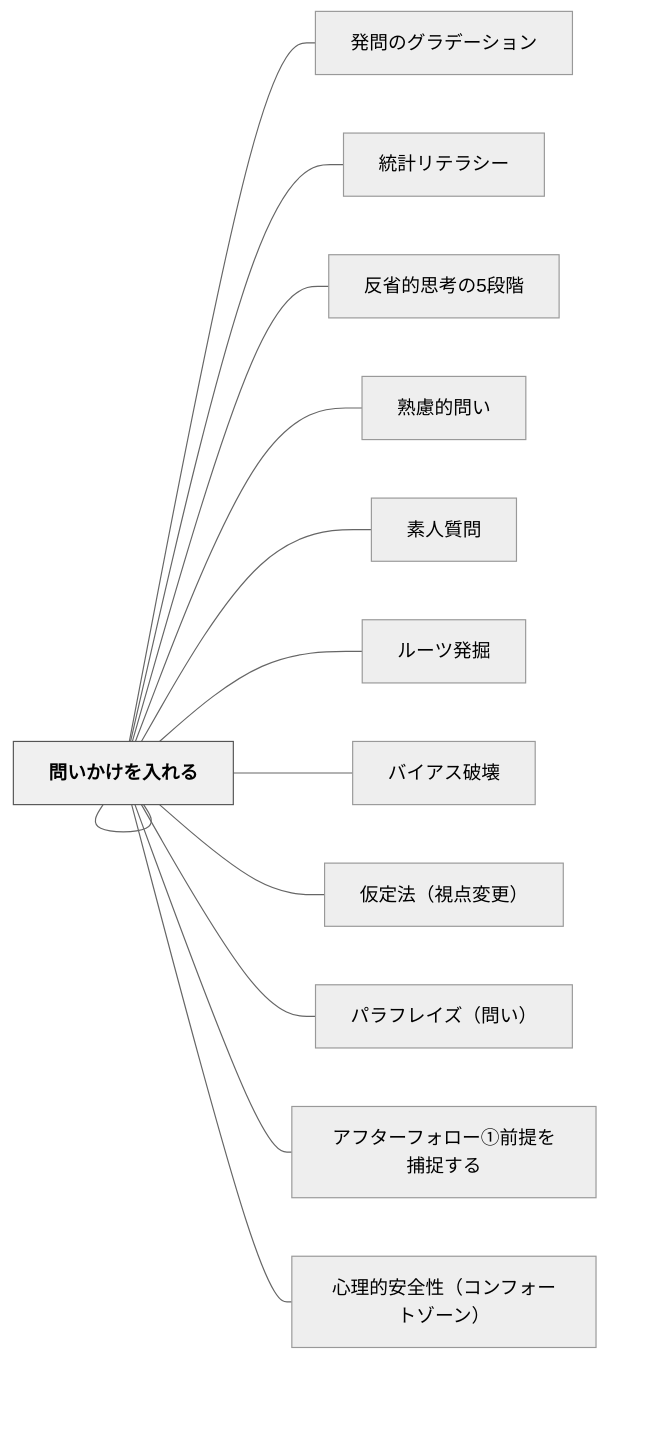
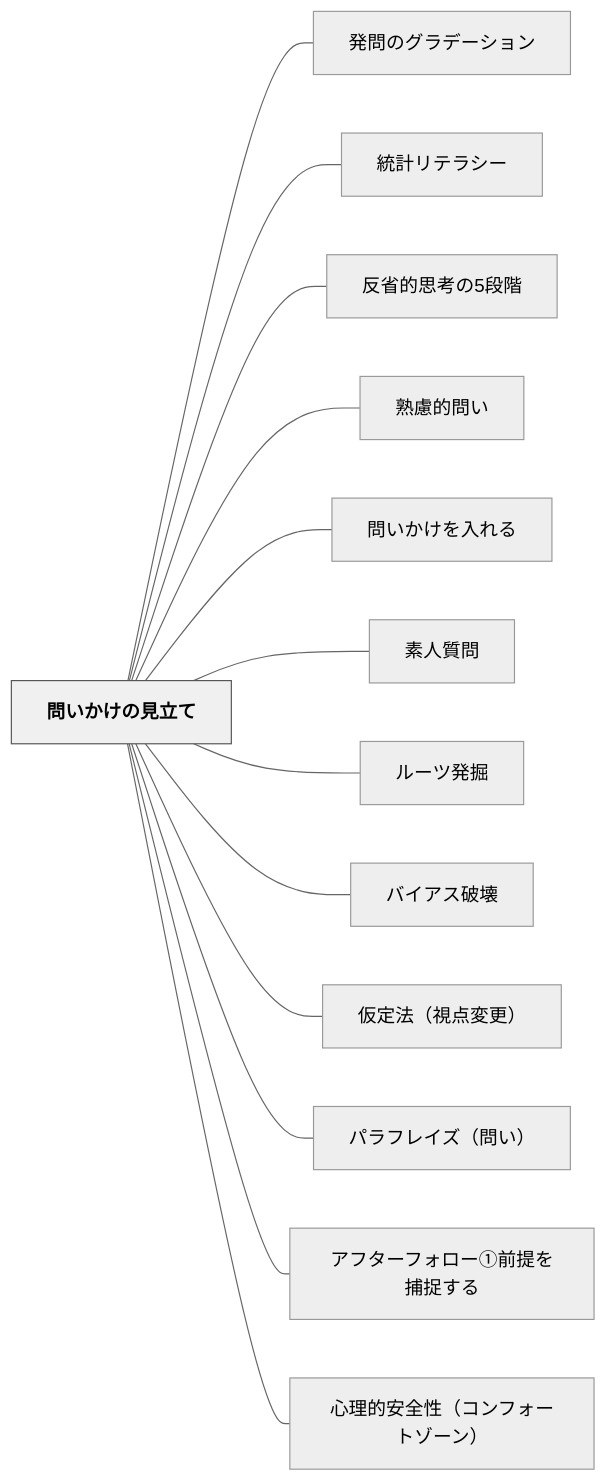
Before and after one commit to unknownthings-ed-patterns/unknownthings-ed-patterns: the diagram in content/パタン/問いかけの見立て.md, drawn with Mermaid (neutral theme). The commit also changed 527 other files, not shown here.

````diff
--- a/content/パタン/問いかけの見立て.md
+++ b/content/パタン/問いかけの見立て.md
@@ -114,32 +114,32 @@
 ```mermaid
 flowchart LR
-    ne5958fe38184["問いかけの見立て"]
-    ne799bae5958f["発問のグラデーション"]
-    ne7b5b1e8a888["統計リテラシー"]
-    ne58f8de79c81["反省的思考の5段階"]
-    ne7869fe685ae["熟慮的問い"]
-    ne5958fe38184["問いかけを入れる"]
-    ne7b4a0e4baba["素人質問"]
-    ne383abe383bc["ルーツ発掘"]
-    ne38390e382a4["バイアス破壊"]
-    ne4bbaee5ae9a["仮定法（視点変更）"]
-    ne38391e383a9["パラフレイズ（問い）"]
-    ne382a2e38395["アフターフォロー①前提を捕捉する"]
-    ne5bf83e79086["心理的安全性（コンフォートゾーン）"]
+    ne5958fe38184e3818be38191e381aee8a68be7ab8be381a6["問いかけの見立て"]
+    ne799bae5958fe381aee382b0e383a9e38387e383bce382b7e383a7e383b3["発問のグラデーション"]
+    ne7b5b1e8a888e383aae38386e383a9e382b7e383bc["統計リテラシー"]
+    ne58f8de79c81e79a84e6809de88083e381ae35e6aeb5e99a8e["反省的思考の5段階"]
+    ne7869fe685aee79a84e5958fe38184["熟慮的問い"]
+    ne5958fe38184e3818be38191e38292e585a5e3828ce3828b["問いかけを入れる"]
+    ne7b4a0e4babae8b3aae5958f["素人質問"]
+    ne383abe383bce38384e799bae68e98["ルーツ発掘"]
+    ne38390e382a4e382a2e382b9e7a0b4e5a38a["バイアス破壊"]
+    ne4bbaee5ae9ae6b395efbc88e8a696e782b9e5a489e69bb4efbc89["仮定法（視点変更）"]
+    ne38391e383a9e38395e383ace382a4e382baefbc88e5958fe38184efbc89["パラフレイズ（問い）"]
+    ne382a2e38395e382bfe383bce38395e382a9e383ade383bce291a0e5898de68f90e38292e68d95e68d89e38199e3828b["アフターフォロー①前提を捕捉する"]
+    ne5bf83e79086e79a84e5ae89e585a8e680a7efbc88e382b3e383b3e38395e382a9e383bce38388e382bee383bce383b3efbc89["心理的安全性（コンフォートゾーン）"]
 
-    ne5958fe38184 --- ne799bae5958f
-    ne5958fe38184 --- ne7b5b1e8a888
-    ne5958fe38184 --- ne58f8de79c81
-    ne5958fe38184 --- ne7869fe685ae
-    ne5958fe38184 --- ne5958fe38184
-    ne5958fe38184 --- ne7b4a0e4baba
-    ne5958fe38184 --- ne383abe383bc
-    ne5958fe38184 --- ne38390e382a4
-    ne5958fe38184 --- ne4bbaee5ae9a
-    ne5958fe38184 --- ne38391e383a9
-    ne5958fe38184 --- ne382a2e38395
-    ne5958fe38184 --- ne5bf83e79086
+    ne5958fe38184e3818be38191e381aee8a68be7ab8be381a6 --- ne799bae5958fe381aee382b0e383a9e38387e383bce382b7e383a7e383b3
+    ne5958fe38184e3818be38191e381aee8a68be7ab8be381a6 --- ne7b5b1e8a888e383aae38386e383a9e382b7e383bc
+    ne5958fe38184e3818be38191e381aee8a68be7ab8be381a6 --- ne58f8de79c81e79a84e6809de88083e381ae35e6aeb5e99a8e
+    ne5958fe38184e3818be38191e381aee8a68be7ab8be381a6 --- ne7869fe685aee79a84e5958fe38184
+    ne5958fe38184e3818be38191e381aee8a68be7ab8be381a6 --- ne5958fe38184e3818be38191e38292e585a5e3828ce3828b
+    ne5958fe38184e3818be38191e381aee8a68be7ab8be381a6 --- ne7b4a0e4babae8b3aae5958f
+    ne5958fe38184e3818be38191e381aee8a68be7ab8be381a6 --- ne383abe383bce38384e799bae68e98
+    ne5958fe38184e3818be38191e381aee8a68be7ab8be381a6 --- ne38390e382a4e382a2e382b9e7a0b4e5a38a
+    ne5958fe38184e3818be38191e381aee8a68be7ab8be381a6 --- ne4bbaee5ae9ae6b395efbc88e8a696e782b9e5a489e69bb4efbc89
+    ne5958fe38184e3818be38191e381aee8a68be7ab8be381a6 --- ne38391e383a9e38395e383ace382a4e382baefbc88e5958fe38184efbc89
+    ne5958fe38184e3818be38191e381aee8a68be7ab8be381a6 --- ne382a2e38395e382bfe383bce38395e382a9e383ade383bce291a0e5898de68f90e38292e68d95e68d89e38199e3828b
+    ne5958fe38184e3818be38191e381aee8a68be7ab8be381a6 --- ne5bf83e79086e79a84e5ae89e585a8e680a7efbc88e382b3e383b3e38395e382a9e383bce38388e382bee383bce383b3efbc89
 
     classDef hub fill:#f0f0f0,stroke:#555,color:#000,font-weight:bold
-    class ne5958fe38184 hub
+    class ne5958fe38184e3818be38191e381aee8a68be7ab8be381a6 hub
 ```
````
